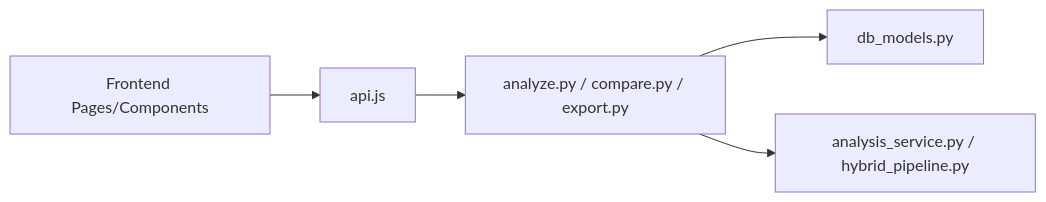
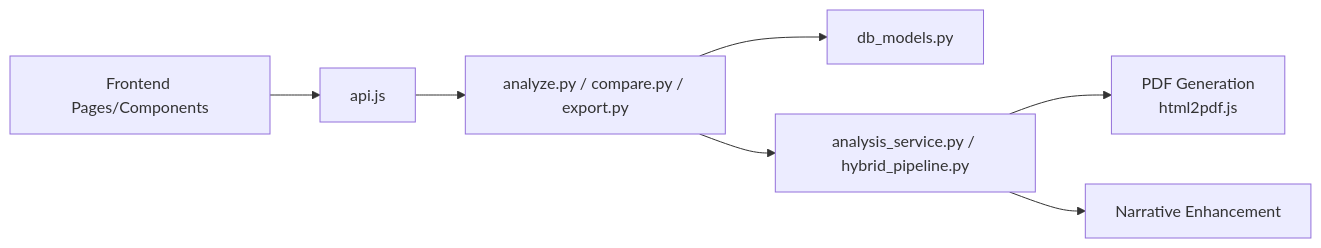
One commit to Revanththetalogics/aireume changed diagram 11 of 11 in .qoder/repowiki/en/content/Reporting & Analytics/Reporting & Analytics.md. Above: the diagram before and after it, drawn with Mermaid. The commit also changed other lines of this file and 20 other files, not shown here.

````diff
--- a/.qoder/repowiki/en/content/Reporting & Analytics/Reporting & Analytics.md
+++ b/.qoder/repowiki/en/content/Reporting & Analytics/Reporting & Analytics.md
@@ -390,7 +456,9 @@
 ```mermaid
 graph LR
 FE["Frontend Pages/Components"] --> API["api.js"]
 API --> ROUTES["analyze.py / compare.py / export.py"]
 ROUTES --> MODELS["db_models.py"]
 ROUTES --> SERVICES["analysis_service.py / hybrid_pipeline.py"]
+SERVICES --> PDF["PDF Generation<br/>html2pdf.js"]
+SERVICES --> NARRATIVE["Narrative Enhancement"]
 ```
````
